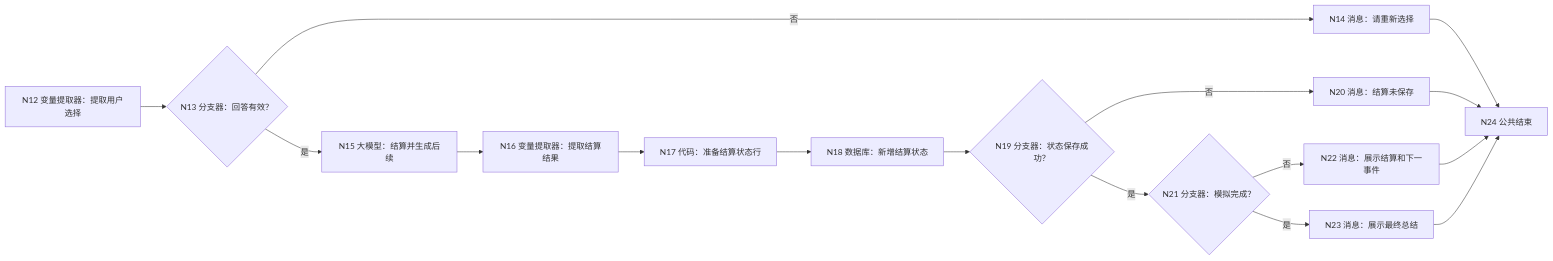
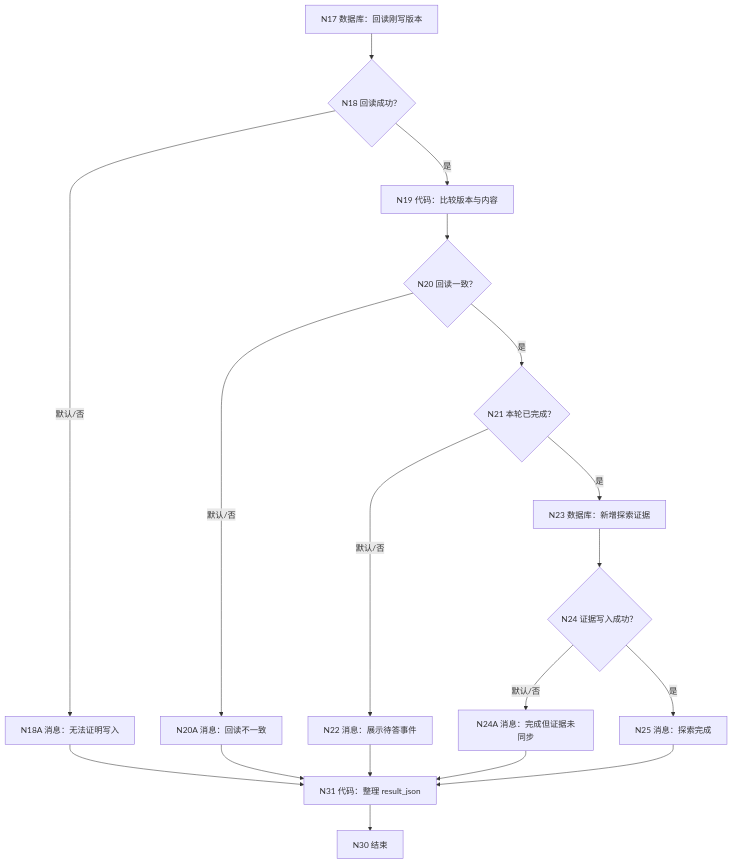
The third of 3 diagrams in docs/workflows/WF-02-virtual-university.md (caoyue0115/university-life-planning-simulator), drawn with Mermaid before and after one commit. The commit also changed other lines of this file and 15 other files, not shown here.

````diff
--- a/docs/workflows/WF-02-virtual-university.md
+++ b/docs/workflows/WF-02-virtual-university.md
@@ -70,18 +91,20 @@
 ```mermaid
-flowchart LR
-    N12["N12 变量提取器：提取用户选择"] --> N13{"N13 分支器：回答有效？"}
-    N13 -->|否| N14["N14 消息：请重新选择"]
-    N13 -->|是| N15["N15 大模型：结算并生成后续"]
-    N15 --> N16["N16 变量提取器：提取结算结果"]
-    N16 --> N17["N17 代码：准备结算状态行"]
-    N17 --> N18["N18 数据库：新增结算状态"]
-    N18 --> N19{"N19 分支器：状态保存成功？"}
-    N19 -->|否| N20["N20 消息：结算未保存"]
-    N19 -->|是| N21{"N21 分支器：模拟完成？"}
-    N21 -->|否| N22["N22 消息：展示结算和下一事件"]
-    N21 -->|是| N23["N23 消息：展示最终总结"]
-    N14 --> N24["N24 公共结束"]
-    N20 --> N24
-    N22 --> N24
-    N23 --> N24
+flowchart TD
+    N17["N17 数据库：回读刚写版本"] --> N18{"N18 回读成功？"}
+    N18 -->|默认/否| N18A["N18A 消息：无法证明写入"]
+    N18 -->|是| N19["N19 代码：比较版本与内容"]
+    N19 --> N20{"N20 回读一致？"}
+    N20 -->|默认/否| N20A["N20A 消息：回读不一致"]
+    N20 -->|是| N21{"N21 本轮已完成？"}
+    N21 -->|默认/否| N22["N22 消息：展示待答事件"]
+    N21 -->|是| N23["N23 数据库：新增探索证据"]
+    N23 --> N24{"N24 证据写入成功？"}
+    N24 -->|默认/否| N24A["N24A 消息：完成但证据未同步"]
+    N24 -->|是| N25["N25 消息：探索完成"]
+    N18A --> N31["N31 代码：整理 result_json"]
+    N20A --> N31
+    N22 --> N31
+    N24A --> N31
+    N25 --> N31
+    N31 --> N30["N30 结束"]
 ```
````
